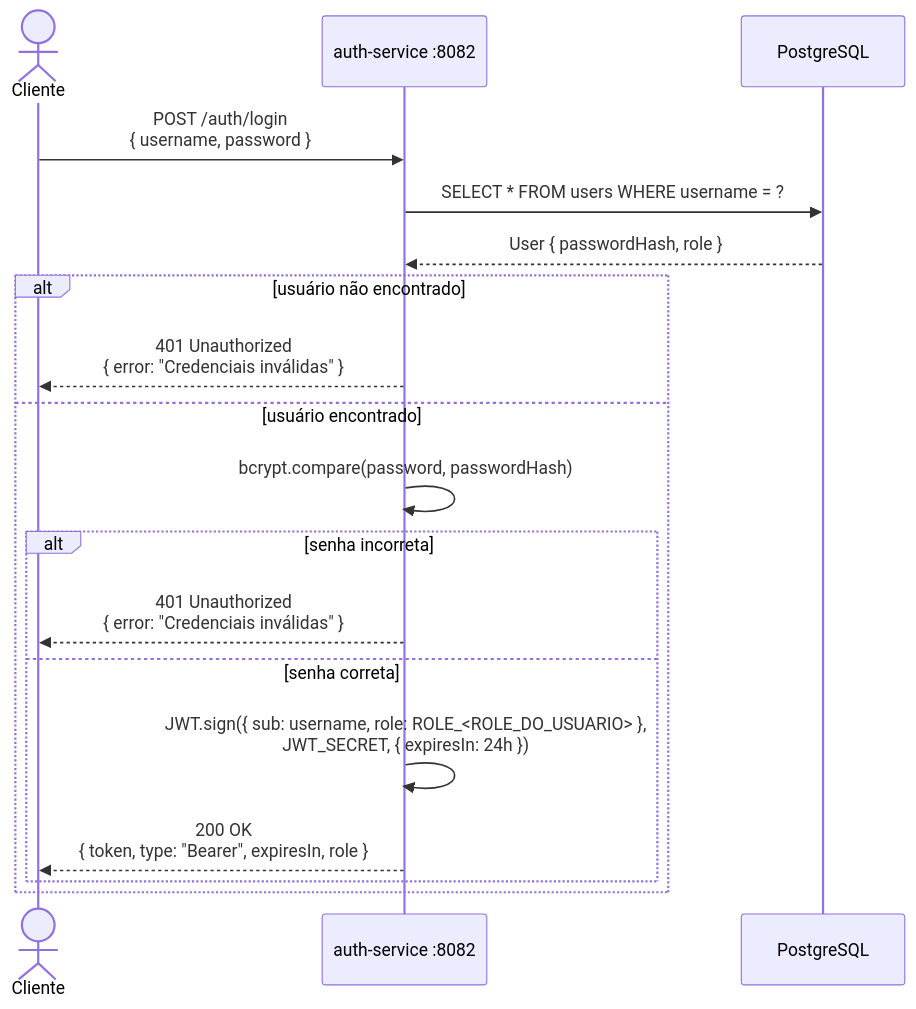
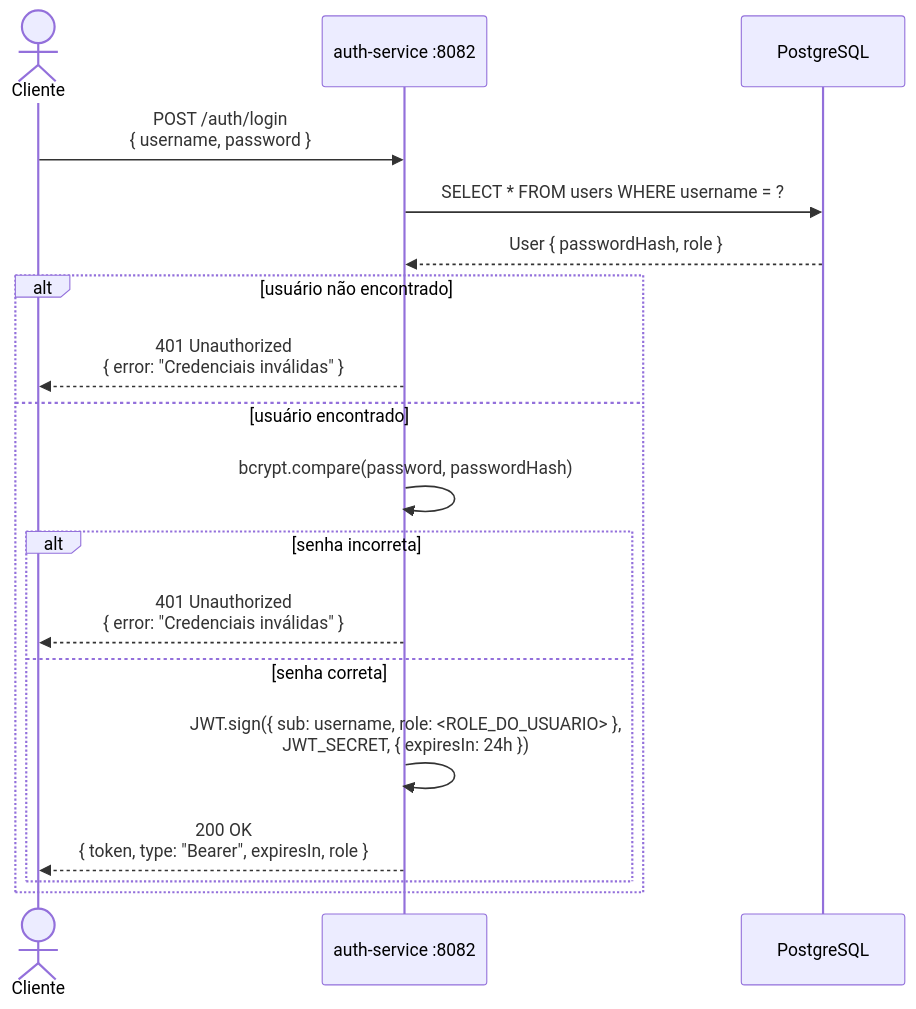
Before and after one commit to LucasBruner/Morbus: the second of 13 diagrams in docs/sequencias-diagrama.md, drawn with Mermaid. The commit also changed other lines of this file and 6 other files, not shown here.

````diff
--- a/docs/sequencias-diagrama.md
+++ b/docs/sequencias-diagrama.md
@@ -55,24 +55,24 @@
 ```mermaid
 sequenceDiagram
     actor Cliente
     participant AuthService as auth-service :8082
     participant DB as PostgreSQL
 
     Cliente->>AuthService: POST /auth/login<br/>{ username, password }
 
     AuthService->>DB: SELECT * FROM users WHERE username = ?
     DB-->>AuthService: User { passwordHash, role }
 
     alt usuário não encontrado
         AuthService-->>Cliente: 401 Unauthorized<br/>{ error: "Credenciais inválidas" }
     else usuário encontrado
         AuthService->>AuthService: bcrypt.compare(password, passwordHash)
 
         alt senha incorreta
             AuthService-->>Cliente: 401 Unauthorized<br/>{ error: "Credenciais inválidas" }
         else senha correta
-            AuthService->>AuthService: JWT.sign({ sub: username, role: ROLE_<ROLE_DO_USUARIO> },<br/>JWT_SECRET, { expiresIn: 24h })
+            AuthService->>AuthService: JWT.sign({ sub: username, role: <ROLE_DO_USUARIO> },<br/>JWT_SECRET, { expiresIn: 24h })
             AuthService-->>Cliente: 200 OK<br/>{ token, type: "Bearer", expiresIn, role }
         end
     end
 ```
````
